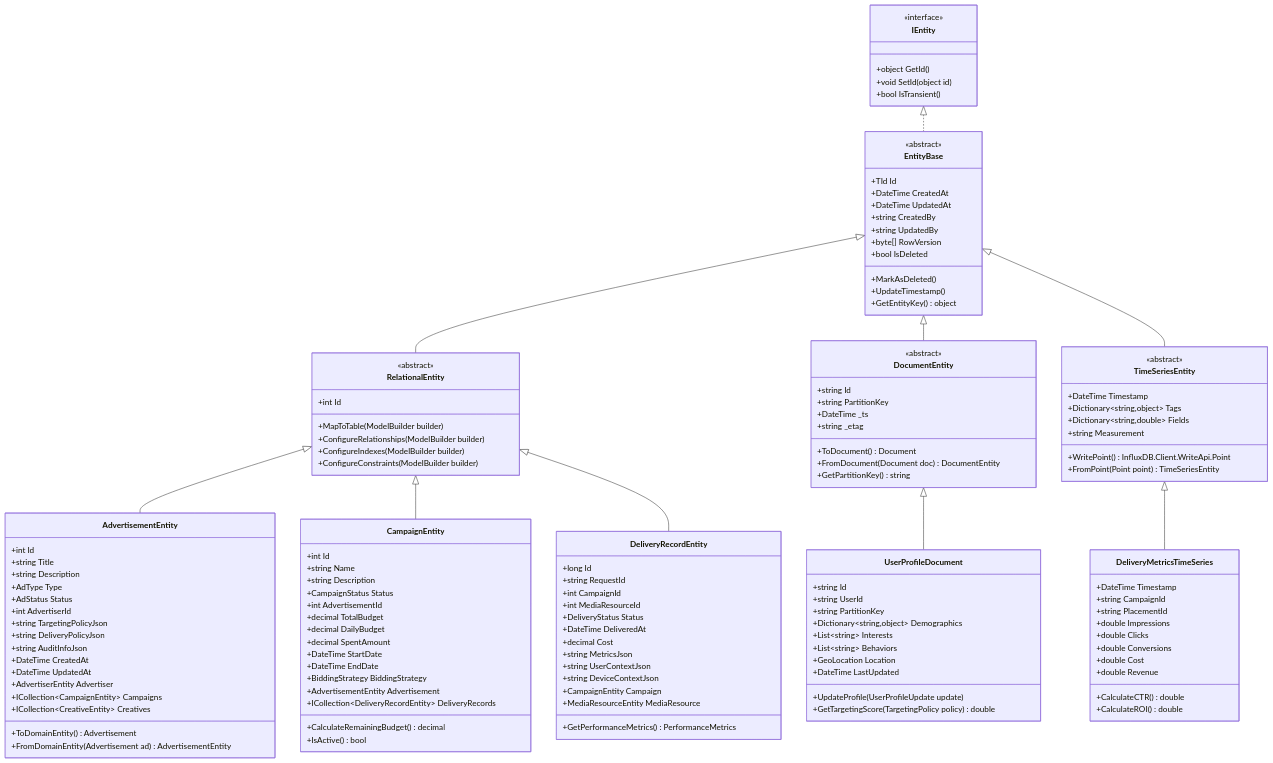
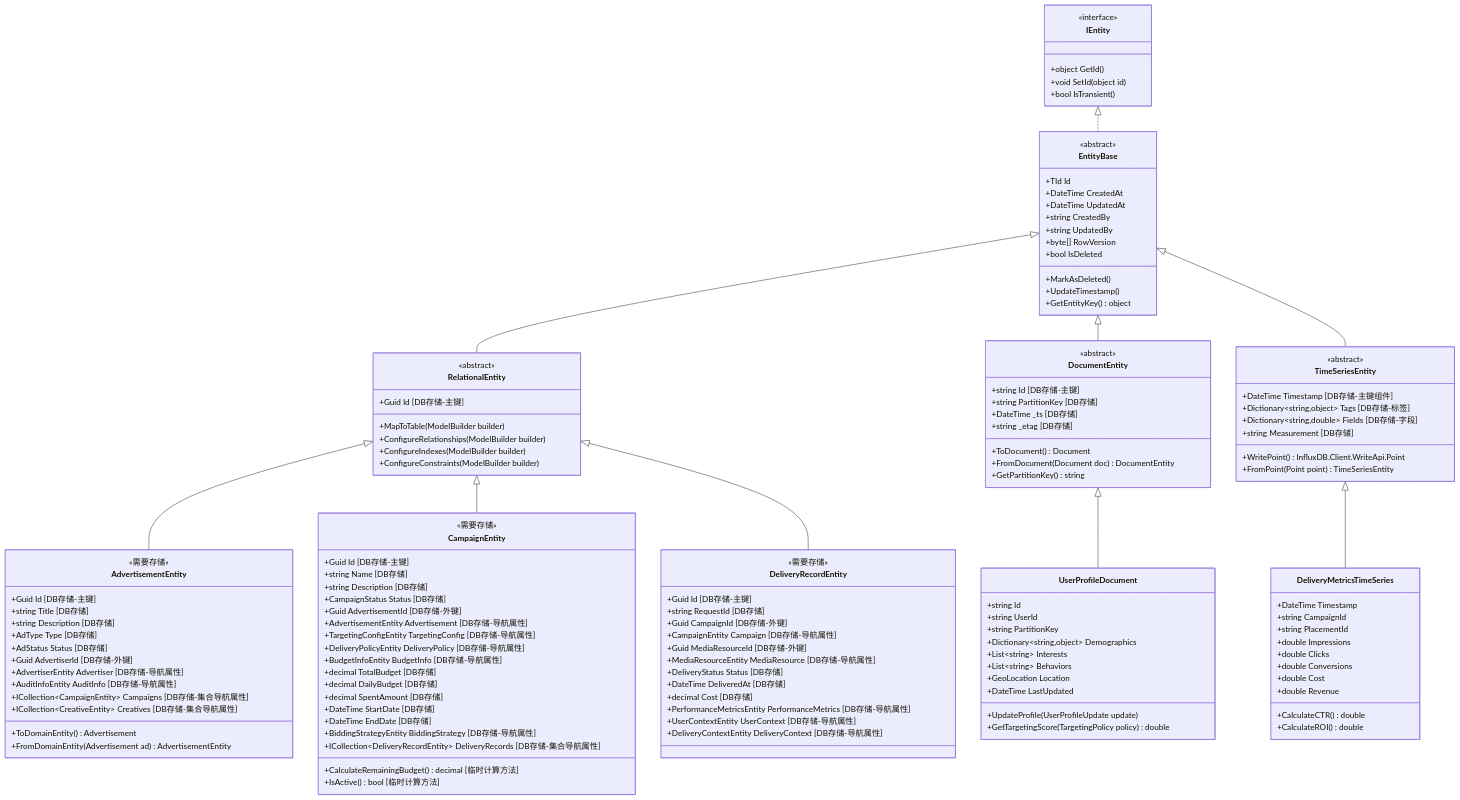
One commit to lornshrimp/Lorn.ADSP changed the eighth of 10 diagrams in docs_TecDesign/广告投放引擎/数据模型分层设计.md. Above: the diagram before and after it, drawn with Mermaid. The commit also changed other lines of this file and 50 other files, not shown here.

First line of the commit message:
feat: Add value objects for overall match results, request context items, targeting rules, and targeting criteria

```diff
--- a/docs_TecDesign/广告投放引擎/数据模型分层设计.md
+++ b/docs_TecDesign/广告投放引擎/数据模型分层设计.md
@@ -1129,7 +1308,7 @@
     
     class RelationalEntity {
         <<abstract>>
-        +int Id
+        +Guid Id                          [DB存储-主键]
         +MapToTable(ModelBuilder builder)
         +ConfigureRelationships(ModelBuilder builder) 
         +ConfigureIndexes(ModelBuilder builder)
@@ -1138,10 +1317,10 @@
     
     class DocumentEntity {
         <<abstract>>
-        +string Id
-        +string PartitionKey
-        +DateTime _ts
-        +string _etag
+        +string Id                        [DB存储-主键]
+        +string PartitionKey              [DB存储]
+        +DateTime _ts                     [DB存储]
+        +string _etag                     [DB存储]
         +ToDocument() Document
         +FromDocument(Document doc) DocumentEntity
         +GetPartitionKey() string
@@ -1149,65 +1328,66 @@
     
     class TimeSeriesEntity {
         <<abstract>>
-        +DateTime Timestamp
-        +Dictionary~string,object~ Tags
-        +Dictionary~string,double~ Fields
-        +string Measurement
+        +DateTime Timestamp               [DB存储-主键组件]
+        +Dictionary~string,object~ Tags   [DB存储-标签]
+        +Dictionary~string,double~ Fields [DB存储-字段]
+        +string Measurement               [DB存储]
         +WritePoint() InfluxDB.Client.WriteApi.Point
         +FromPoint(Point point) TimeSeriesEntity
     }
     
     class AdvertisementEntity {
-        +int Id
-        +string Title
-        +string Description
-        +AdType Type
-        +AdStatus Status
-        +int AdvertiserId
-        +string TargetingPolicyJson
-        +string DeliveryPolicyJson
-        +string AuditInfoJson
-        +DateTime CreatedAt
-        +DateTime UpdatedAt
-        +AdvertiserEntity Advertiser
-        +ICollection~CampaignEntity~ Campaigns
-        +ICollection~CreativeEntity~ Creatives
+        <<需要存储>>
+        +Guid Id                          [DB存储-主键]
+        +string Title                     [DB存储]
+        +string Description               [DB存储]
+        +AdType Type                      [DB存储]
+        +AdStatus Status                  [DB存储]
+        +Guid AdvertiserId                [DB存储-外键]
+        +AdvertiserEntity Advertiser      [DB存储-导航属性]
+        +AuditInfoEntity AuditInfo        [DB存储-导航属性]
+        +ICollection~CampaignEntity~ Campaigns [DB存储-集合导航属性]
+        +ICollection~CreativeEntity~ Creatives [DB存储-集合导航属性]
         +ToDomainEntity() Advertisement
         +FromDomainEntity(Advertisement ad) AdvertisementEntity
     }
     
     class CampaignEntity {
-        +int Id
-        +string Name
-        +string Description
-        +CampaignStatus Status
-        +int AdvertisementId
-        +decimal TotalBudget
-        +decimal DailyBudget
-        +decimal SpentAmount
-        +DateTime StartDate
-        +DateTime EndDate
-        +BiddingStrategy BiddingStrategy
-        +AdvertisementEntity Advertisement
-        +ICollection~DeliveryRecordEntity~ DeliveryRecords
-        +CalculateRemainingBudget() decimal
-        +IsActive() bool
+        <<需要存储>>
+        +Guid Id                          [DB存储-主键]
+        +string Name                      [DB存储]
+        +string Description               [DB存储]
+        +CampaignStatus Status            [DB存储]
+        +Guid AdvertisementId             [DB存储-外键]
+        +AdvertisementEntity Advertisement [DB存储-导航属性]
+        +TargetingConfigEntity TargetingConfig [DB存储-导航属性]
+        +DeliveryPolicyEntity DeliveryPolicy [DB存储-导航属性]
+        +BudgetInfoEntity BudgetInfo      [DB存储-导航属性]
+        +decimal TotalBudget              [DB存储]
+        +decimal DailyBudget              [DB存储]
+        +decimal SpentAmount              [DB存储]
+        +DateTime StartDate               [DB存储]
+        +DateTime EndDate                 [DB存储]
+        +BiddingStrategyEntity BiddingStrategy [DB存储-导航属性]
+        +ICollection~DeliveryRecordEntity~ DeliveryRecords [DB存储-集合导航属性]
+        +CalculateRemainingBudget() decimal [临时计算方法]
+        +IsActive() bool                  [临时计算方法]
     }
     
     class DeliveryRecordEntity {
-        +long Id
-        +string RequestId
-        +int CampaignId
-        +int MediaResourceId
-        +DeliveryStatus Status
-        +DateTime DeliveredAt
-        +decimal Cost
-        +string MetricsJson
-        +string UserContextJson
-        +string DeviceContextJson
-        +CampaignEntity Campaign
-        +MediaResourceEntity MediaResource
-        +GetPerformanceMetrics() PerformanceMetrics
+        <<需要存储>>
+        +Guid Id                          [DB存储-主键]
+        +string RequestId                 [DB存储]
+        +Guid CampaignId                  [DB存储-外键]
+        +CampaignEntity Campaign          [DB存储-导航属性]
+        +Guid MediaResourceId             [DB存储-外键]
+        +MediaResourceEntity MediaResource [DB存储-导航属性]
+        +DeliveryStatus Status            [DB存储]
+        +DateTime DeliveredAt             [DB存储]
+        +decimal Cost                     [DB存储]
+        +PerformanceMetricsEntity PerformanceMetrics [DB存储-导航属性]
+        +UserContextEntity UserContext    [DB存储-导航属性]
+        +DeliveryContextEntity DeliveryContext [DB存储-导航属性]
     }
     
     class UserProfileDocument {
```
